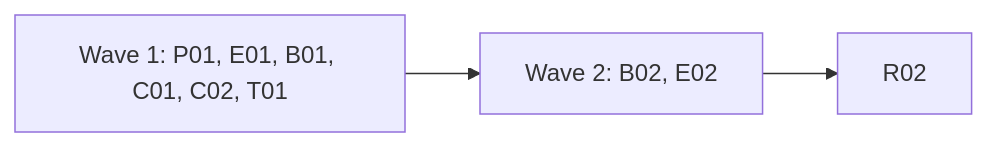
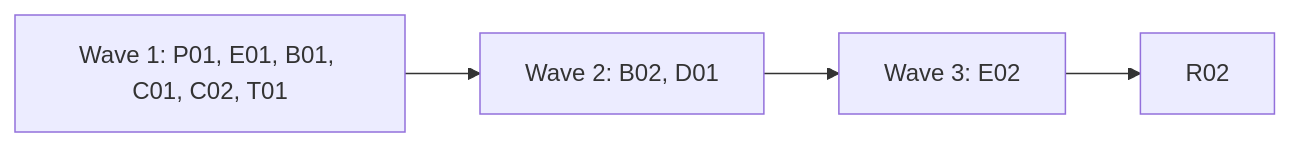
The diagram in docs/plan-0.4-rc.2.md (alfhen/pingwright), drawn with Mermaid before and after one commit. The commit also changed other lines of this file and 1 other file, not shown here.

````diff
--- a/docs/plan-0.4-rc.2.md
+++ b/docs/plan-0.4-rc.2.md
@@ -57,5 +57,6 @@
 ```mermaid
 flowchart LR
-  W1[Wave 1: P01, E01, B01, C01, C02, T01] --> W2[Wave 2: B02, E02]
-  W2 --> R[R02]
+  W1[Wave 1: P01, E01, B01, C01, C02, T01] --> W2[Wave 2: B02, D01]
+  W2 --> W3[Wave 3: E02]
+  W3 --> R[R02]
 ```
````
